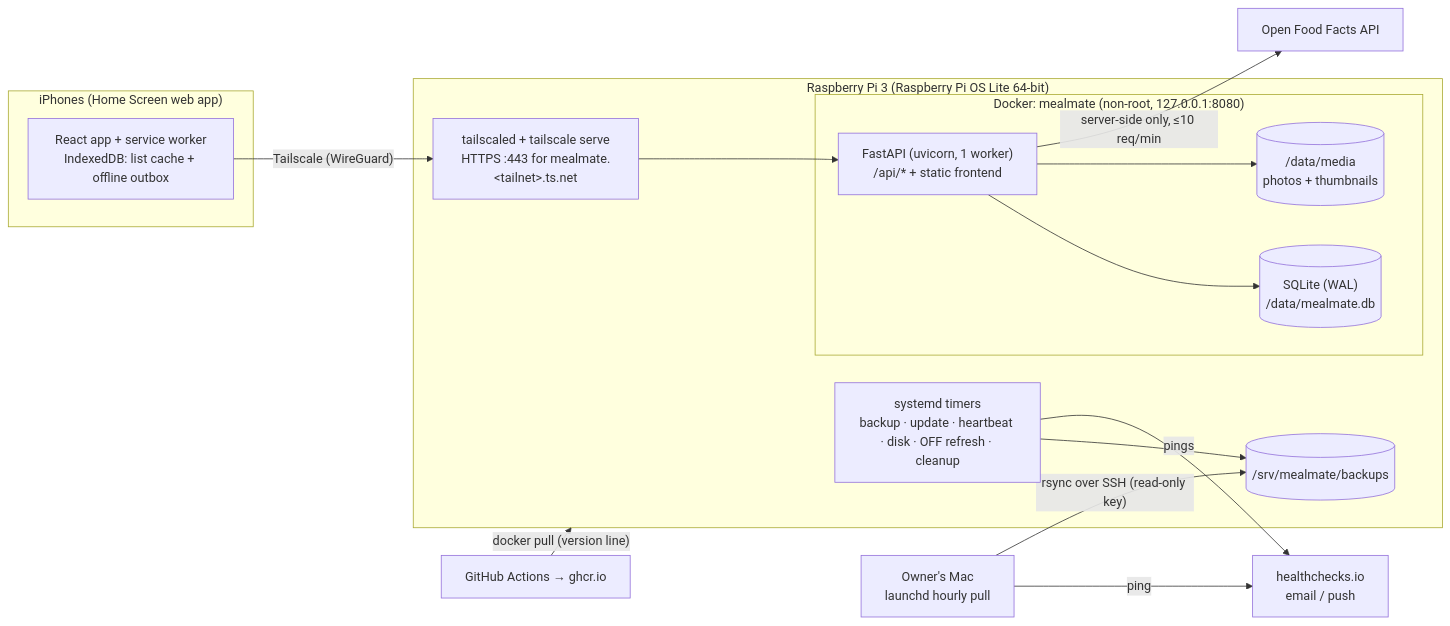
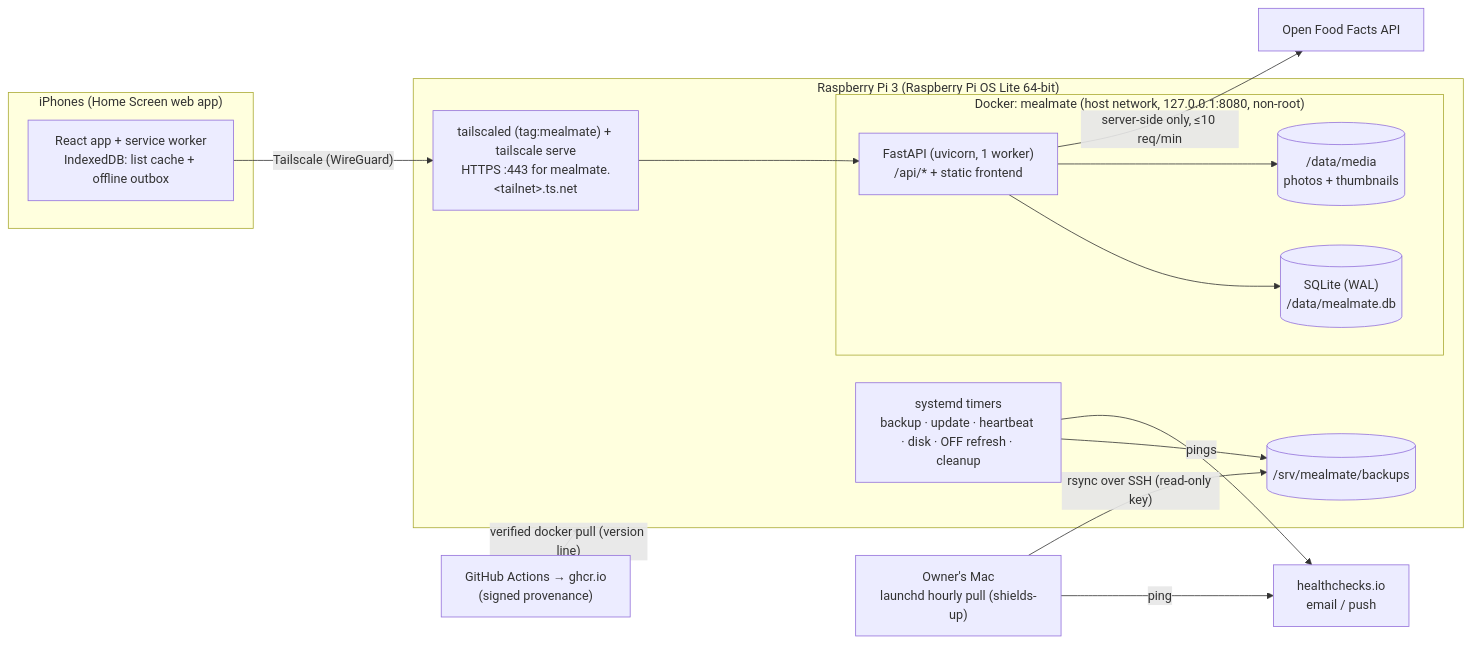
The diagram in docs/plan.md (Bublemann/MealMate), drawn with Mermaid before and after one commit. The commit also changed other lines of this file and 1 other file, not shown here.

````diff
--- a/docs/plan.md
+++ b/docs/plan.md
@@ -23,29 +23,29 @@
 ```mermaid
 flowchart LR
   subgraph Phones["iPhones (Home Screen web app)"]
     UI["React app + service worker<br/>IndexedDB: list cache + offline outbox"]
   end
   subgraph Pi["Raspberry Pi 3 (Raspberry Pi OS Lite 64-bit)"]
-    TS["tailscaled + tailscale serve<br/>HTTPS :443 for mealmate.&lt;tailnet&gt;.ts.net"]
-    subgraph C["Docker: mealmate (non-root, 127.0.0.1:8080)"]
+    TS["tailscaled (tag:mealmate) + tailscale serve<br/>HTTPS :443 for mealmate.&lt;tailnet&gt;.ts.net"]
+    subgraph C["Docker: mealmate (host network, 127.0.0.1:8080, non-root)"]
       API["FastAPI (uvicorn, 1 worker)<br/>/api/* + static frontend"]
       DB[("SQLite (WAL)<br/>/data/mealmate.db")]
       MEDIA[("/data/media<br/>photos + thumbnails")]
     end
     TIMERS["systemd timers<br/>backup · update · heartbeat · disk · OFF refresh · cleanup"]
     BK[("/srv/mealmate/backups")]
   end
-  MAC["Owner's Mac<br/>launchd hourly pull"]
+  MAC["Owner's Mac<br/>launchd hourly pull (shields-up)"]
   HC["healthchecks.io<br/>email / push"]
   OFF["Open Food Facts API"]
-  GH["GitHub Actions → ghcr.io"]
+  GH["GitHub Actions → ghcr.io<br/>(signed provenance)"]
 
   UI -- "Tailscale (WireGuard)" --> TS --> API
   API --> DB & MEDIA
   API -- "server-side only, ≤10 req/min" --> OFF
   TIMERS --> BK
   TIMERS -- pings --> HC
   MAC -- "rsync over SSH (read-only key)" --> BK
   MAC -- ping --> HC
-  GH -- "docker pull (version line)" --> Pi
+  GH -- "verified docker pull (version line)" --> Pi
 ```
````
